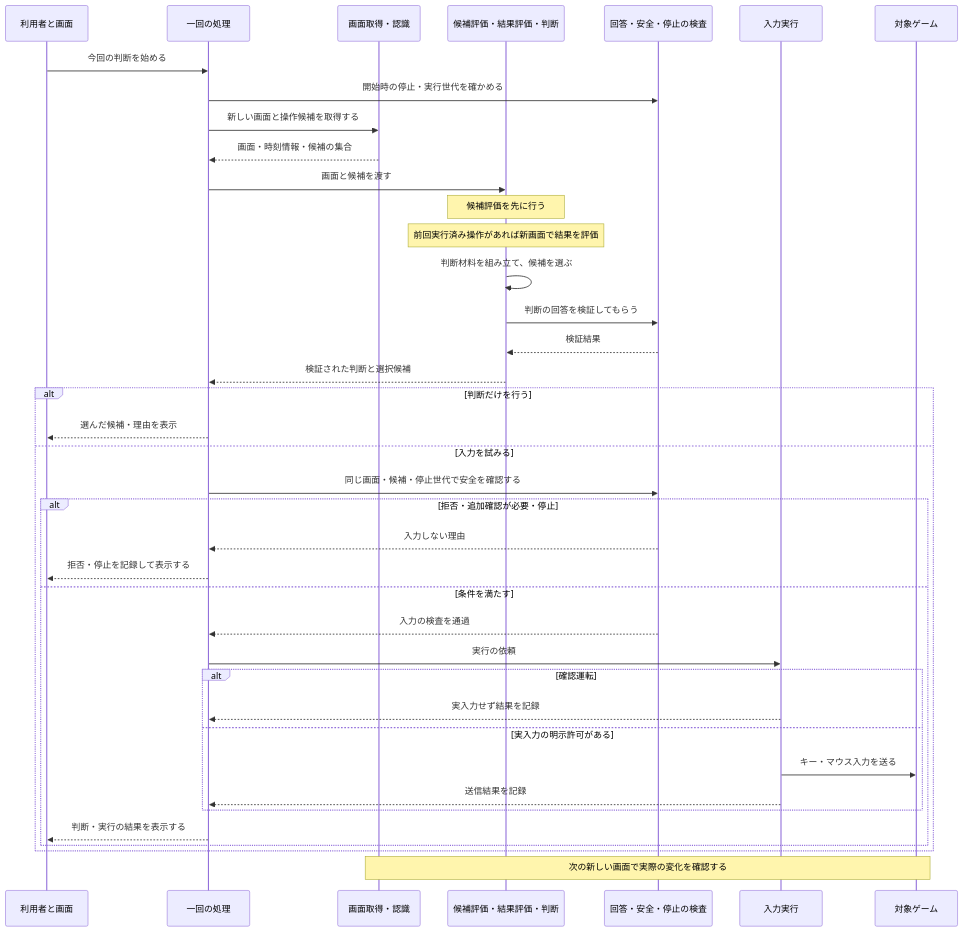
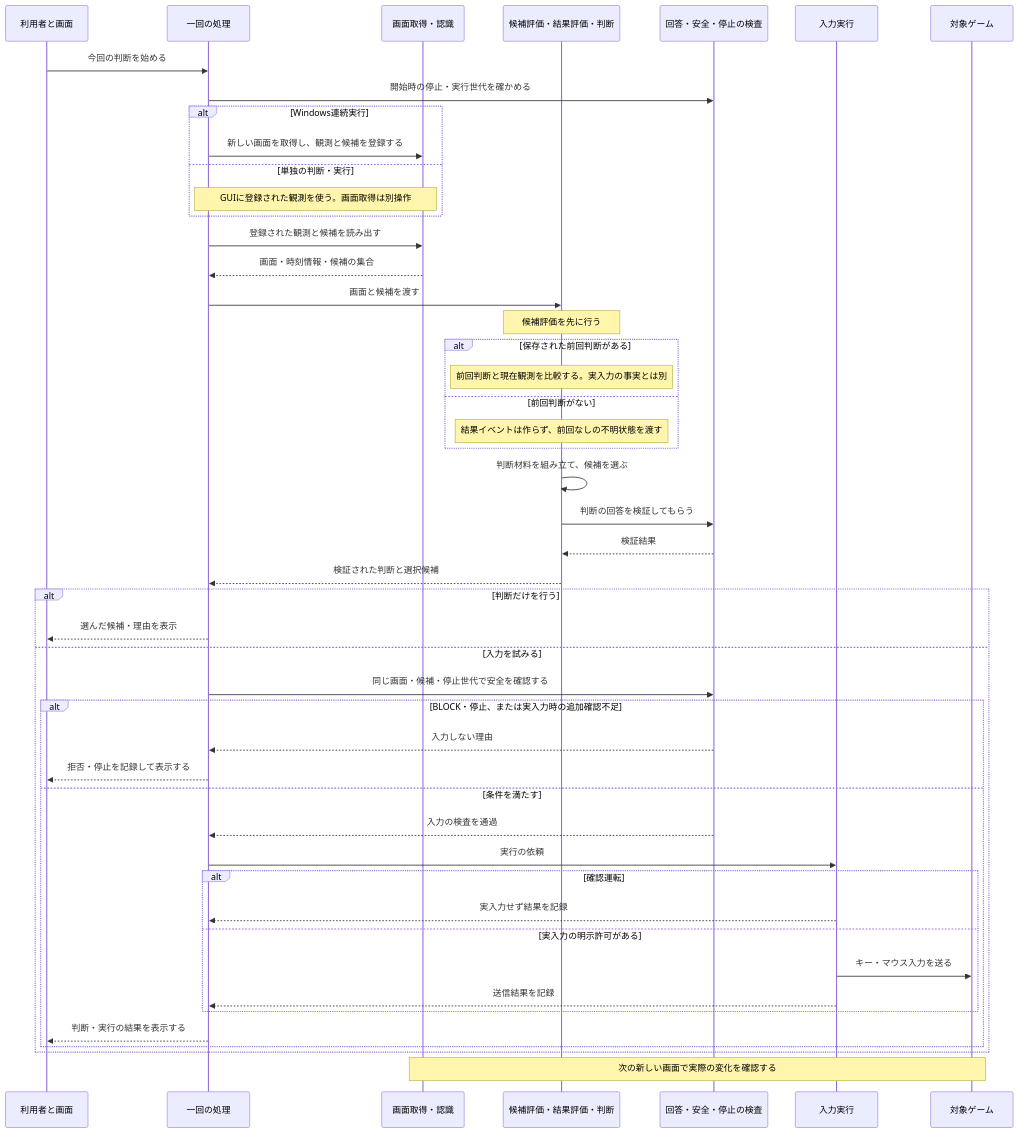
Before and after one commit to tomiya7688/AI_game_player: the first of 2 diagrams in doc/architecture/flow_for_readers.md, drawn with Mermaid. The commit also changed other lines of this file and 2 other files, not shown here.

````diff
--- a/doc/architecture/flow_for_readers.md
+++ b/doc/architecture/flow_for_readers.md
@@ -9,42 +9,51 @@
 ```mermaid
 sequenceDiagram
     participant U as 利用者と画面
     participant P as 一回の処理
     participant O as 画面取得・認識
     participant E as 候補評価・結果評価・判断
     participant S as 回答・安全・停止の検査
     participant X as 入力実行
     participant G as 対象ゲーム
 
     U->>P: 今回の判断を始める
     P->>S: 開始時の停止・実行世代を確かめる
-    P->>O: 新しい画面と操作候補を取得する
+    alt Windows連続実行
+        P->>O: 新しい画面を取得し、観測と候補を登録する
+    else 単独の判断・実行
+        Note over P,O: GUIに登録された観測を使う。画面取得は別操作
+    end
+    P->>O: 登録された観測と候補を読み出す
     O-->>P: 画面・時刻情報・候補の集合
     P->>E: 画面と候補を渡す
     Note over E: 候補評価を先に行う
-    Note over E: 前回実行済み操作があれば新画面で結果を評価
+    alt 保存された前回判断がある
+        Note over E: 前回判断と現在観測を比較する。実入力の事実とは別
+    else 前回判断がない
+        Note over E: 結果イベントは作らず、前回なしの不明状態を渡す
+    end
     E->>E: 判断材料を組み立て、候補を選ぶ
     E->>S: 判断の回答を検証してもらう
     S-->>E: 検証結果
     E-->>P: 検証された判断と選択候補
     alt 判断だけを行う
         P-->>U: 選んだ候補・理由を表示
     else 入力を試みる
         P->>S: 同じ画面・候補・停止世代で安全を確認する
-        alt 拒否・追加確認が必要・停止
+        alt BLOCK・停止、または実入力時の追加確認不足
             S-->>P: 入力しない理由
             P-->>U: 拒否・停止を記録して表示する
         else 条件を満たす
             S-->>P: 入力の検査を通過
             P->>X: 実行の依頼
             alt 確認運転
                 X-->>P: 実入力せず結果を記録
             else 実入力の明示許可がある
                 X->>G: キー・マウス入力を送る
                 X-->>P: 送信結果を記録
             end
             P-->>U: 判断・実行の結果を表示する
         end
     end
     Note over O,G: 次の新しい画面で実際の変化を確認する
 ```
````
